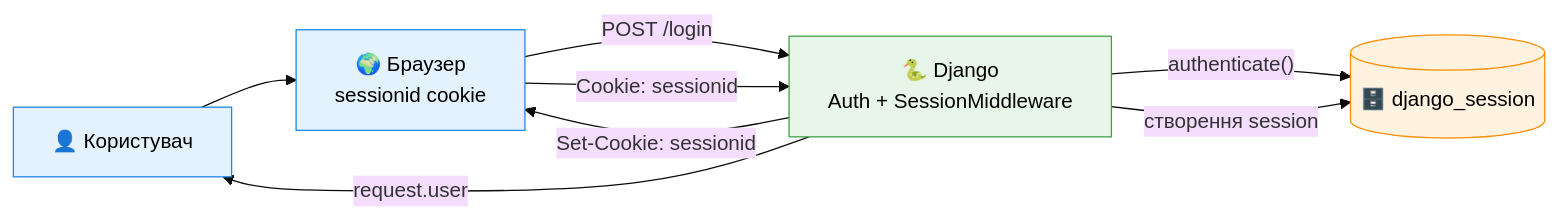
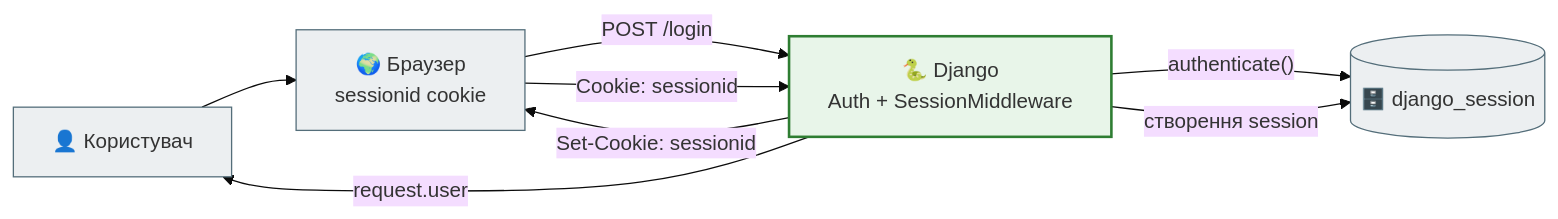
The eighth of 19 diagrams in docs/02_django_core/django_mermaid_full.md (NikoriakViktot/notes_chat_app), drawn with Mermaid (base theme) before and after one commit. The commit also changed other lines of this file and 441 other files, not shown here.

First line of the commit message:
Add English version of the book, Mermaid standard, docs fixes

````diff
--- a/docs/02_django_core/django_mermaid_full.md
+++ b/docs/02_django_core/django_mermaid_full.md
@@ -236,29 +243,31 @@
 ```mermaid
 flowchart LR
 
-    classDef client fill:#E3F2FD,stroke:#1E88E5,color:#000
-    classDef app fill:#E8F5E9,stroke:#43A047,color:#000
-    classDef db fill:#FFF3E0,stroke:#FB8C00,color:#000
 
-    User["👤 Користувач"]:::client
+    User["👤 Користувач"]
 
-    Browser["🌍 Браузер\nsessionid cookie"]:::client
+    Browser["🌍 Браузер<br>sessionid cookie"]
 
-    Django["🐍 Django\nAuth + SessionMiddleware"]:::app
+    Django["🐍 Django<br>Auth + SessionMiddleware"]
 
-    DB[("🗄️ django_session")]:::db
+    DB[("🗄️ django_session")]
 
     User --> Browser
 
     Browser -->|"POST /login"| Django
 
     Django -->|"authenticate()"| DB
 
     Django -->|"створення session"| DB
 
     Django -->|"Set-Cookie: sessionid"| Browser
 
     Browser -->|"Cookie: sessionid"| Django
 
     Django -->|"request.user"| User
+
+    classDef step     fill:#eceff1,stroke:#546e7a,stroke-width:1px;
+    classDef success  fill:#e8f5e9,stroke:#2e7d32,stroke-width:2px;
+    class User,Browser,DB step;
+    class Django success;
 ```
````
